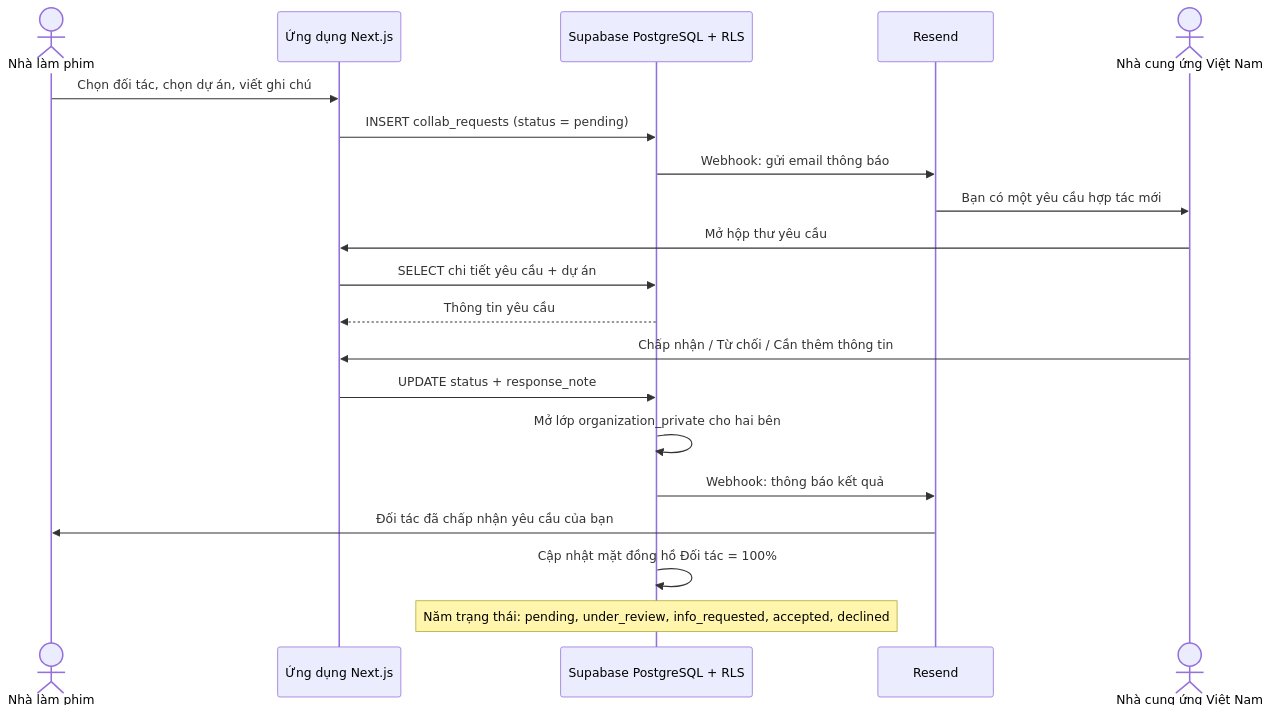
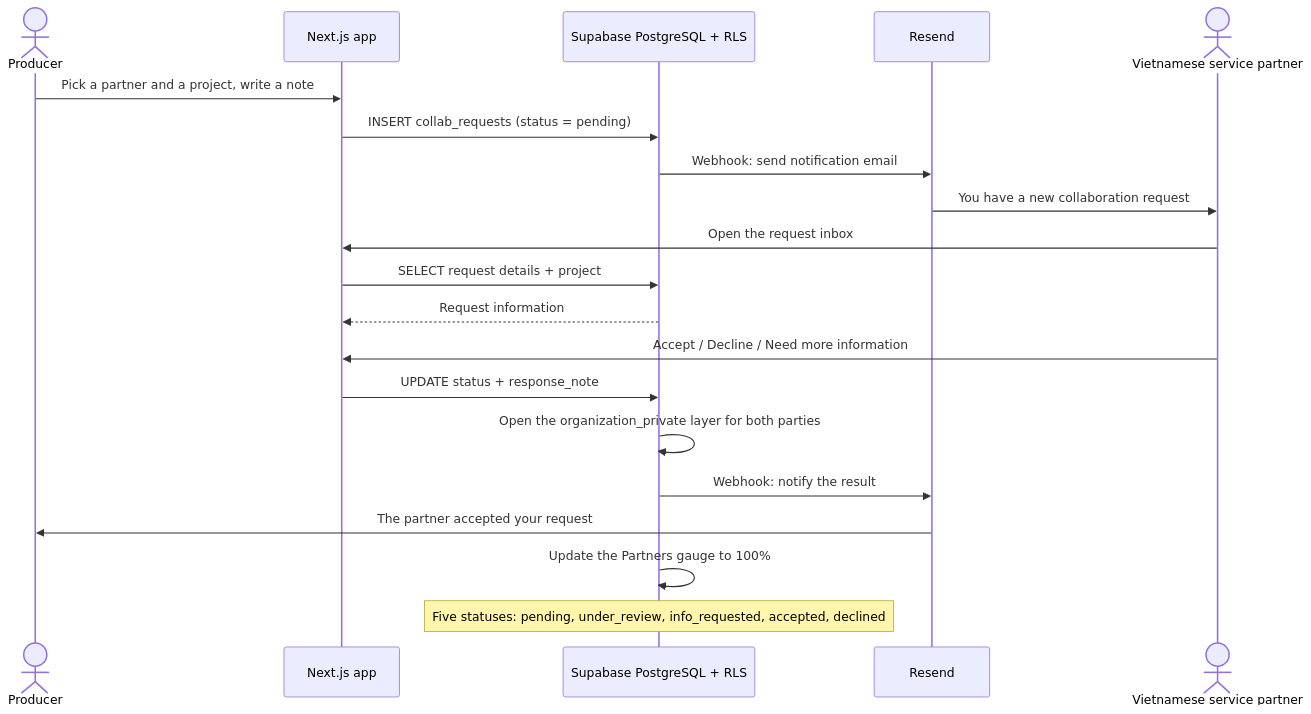
One commit to namnt2005/CINEMATCH-DBIZ3.TeamC changed the sixth of 12 diagrams in docs/architecture/sequence-diagrams.md. Above: the diagram before and after it, drawn with Mermaid. The commit also changed other lines of this file and 92 other files, not shown here.

````diff
--- a/docs/architecture/sequence-diagrams.md
+++ b/docs/architecture/sequence-diagrams.md
@@ -168,23 +169,23 @@
 ```mermaid
 sequenceDiagram
-    actor U as Nhà làm phim
-    participant FE as Ứng dụng Next.js
+    actor U as Producer
+    participant FE as Next.js app
     participant DB as Supabase PostgreSQL + RLS
     participant MAIL as Resend
-    actor PT as Nhà cung ứng Việt Nam
+    actor PT as Vietnamese service partner
 
-    U->>FE: Chọn đối tác, chọn dự án, viết ghi chú
+    U->>FE: Pick a partner and a project, write a note
     FE->>DB: INSERT collab_requests (status = pending)
-    DB->>MAIL: Webhook: gửi email thông báo
-    MAIL->>PT: Bạn có một yêu cầu hợp tác mới
-    PT->>FE: Mở hộp thư yêu cầu
-    FE->>DB: SELECT chi tiết yêu cầu + dự án
-    DB-->>FE: Thông tin yêu cầu
-    PT->>FE: Chấp nhận / Từ chối / Cần thêm thông tin
+    DB->>MAIL: Webhook: send notification email
+    MAIL->>PT: You have a new collaboration request
+    PT->>FE: Open the request inbox
+    FE->>DB: SELECT request details + project
+    DB-->>FE: Request information
+    PT->>FE: Accept / Decline / Need more information
     FE->>DB: UPDATE status + response_note
-    DB->>DB: Mở lớp organization_private cho hai bên
-    DB->>MAIL: Webhook: thông báo kết quả
-    MAIL->>U: Đối tác đã chấp nhận yêu cầu của bạn
-    DB->>DB: Cập nhật mặt đồng hồ Đối tác = 100%
-    Note over DB: Năm trạng thái: pending, under_review, info_requested, accepted, declined
+    DB->>DB: Open the organization_private layer for both parties
+    DB->>MAIL: Webhook: notify the result
+    MAIL->>U: The partner accepted your request
+    DB->>DB: Update the Partners gauge to 100%
+    Note over DB: Five statuses: pending, under_review, info_requested, accepted, declined
 ```
````
